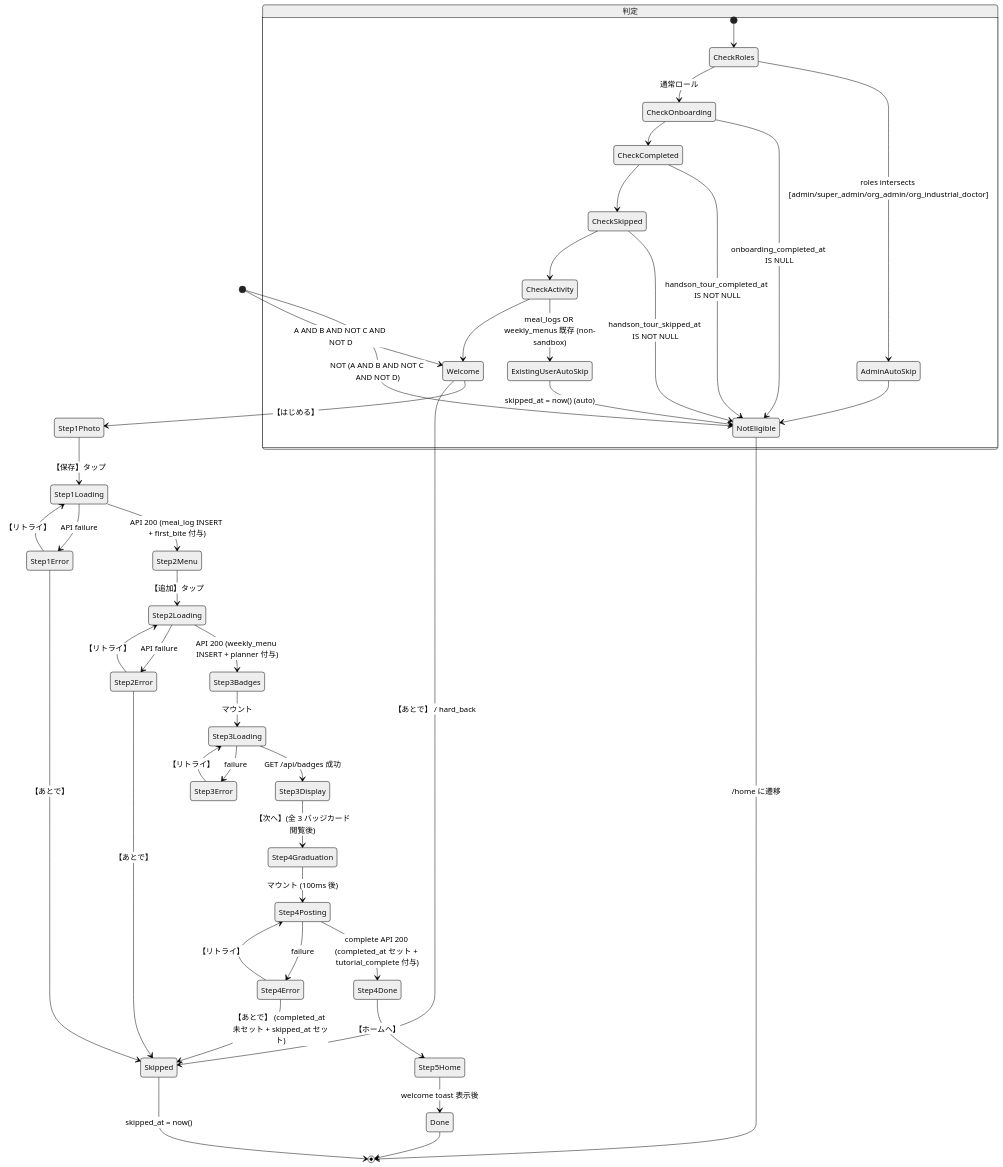
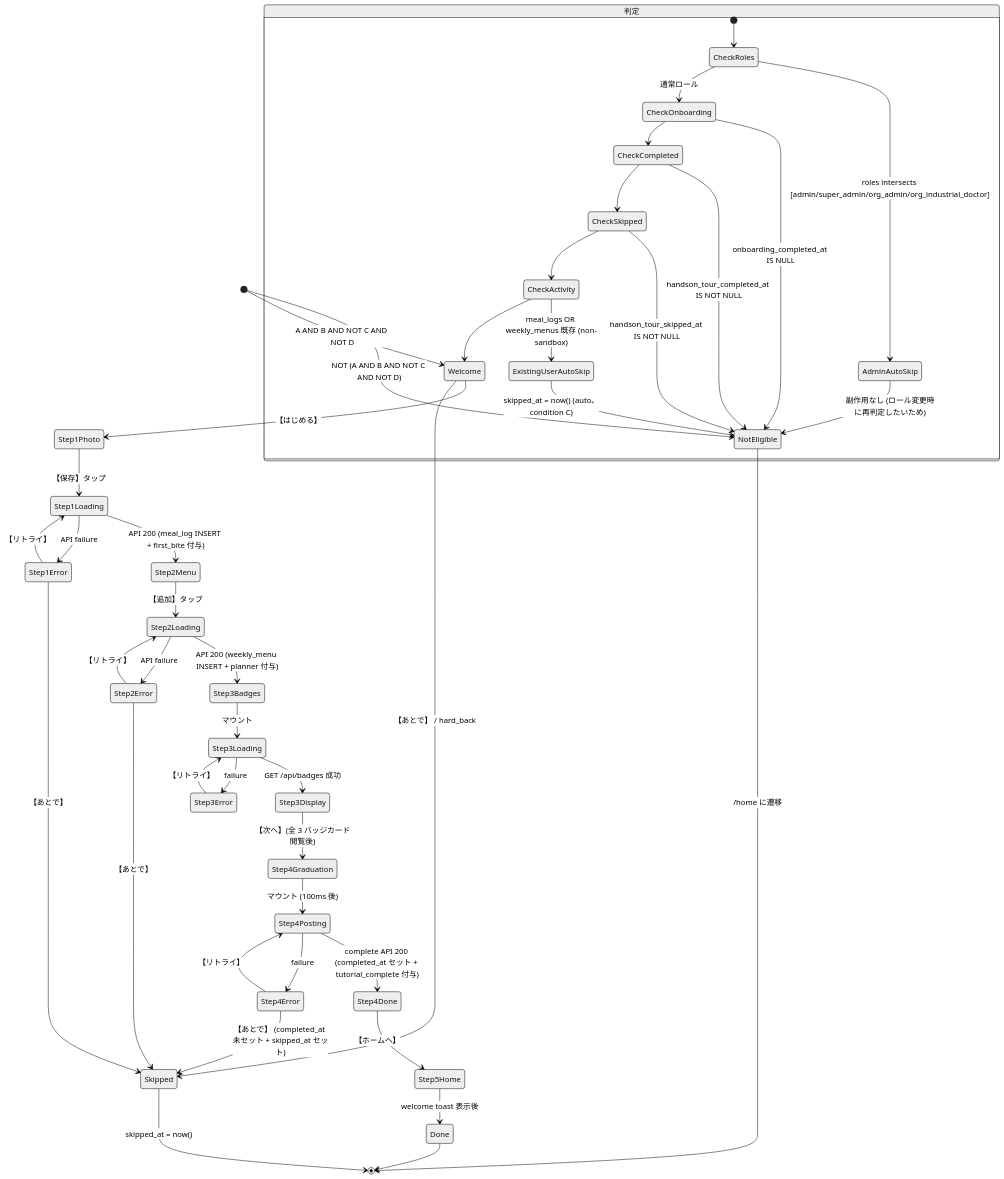
One commit to DaisukeHori/homegohan-app changed the diagram in docs/design/family/09-onboarding-handson-tour/08-state-db.md. Above: the diagram before and after it, drawn with Mermaid (neutral theme). The commit also changed 5 other files, not shown here.

````diff
--- a/docs/design/family/09-onboarding-handson-tour/08-state-db.md
+++ b/docs/design/family/09-onboarding-handson-tour/08-state-db.md
@@ -102,57 +102,57 @@
 ```mermaid
 stateDiagram-v2
   [*] --> NotEligible: NOT (A AND B AND NOT C AND NOT D)
   [*] --> Welcome: A AND B AND NOT C AND NOT D
 
   state "判定" as Eligibility {
     [*] --> CheckRoles
     CheckRoles --> AdminAutoSkip: roles intersects [admin/super_admin/org_admin/org_industrial_doctor]
     CheckRoles --> CheckOnboarding: 通常ロール
     CheckOnboarding --> NotEligible: onboarding_completed_at IS NULL
     CheckOnboarding --> CheckCompleted
     CheckCompleted --> NotEligible: handson_tour_completed_at IS NOT NULL
     CheckCompleted --> CheckSkipped
     CheckSkipped --> NotEligible: handson_tour_skipped_at IS NOT NULL
     CheckSkipped --> CheckActivity
     CheckActivity --> ExistingUserAutoSkip: meal_logs OR weekly_menus 既存 (non-sandbox)
     CheckActivity --> Welcome
   }
 
   Welcome --> Step1Photo: 【はじめる】
   Welcome --> Skipped: 【あとで】 / hard_back
 
   Step1Photo --> Step1Loading: 【保存】タップ
   Step1Loading --> Step2Menu: API 200 (meal_log INSERT + first_bite 付与)
   Step1Loading --> Step1Error: API failure
   Step1Error --> Step1Loading: 【リトライ】
   Step1Error --> Skipped: 【あとで】
 
   Step2Menu --> Step2Loading: 【追加】タップ
   Step2Loading --> Step3Badges: API 200 (weekly_menu INSERT + planner 付与)
   Step2Loading --> Step2Error: API failure
   Step2Error --> Step2Loading: 【リトライ】
   Step2Error --> Skipped: 【あとで】
 
   Step3Badges --> Step3Loading: マウント
   Step3Loading --> Step3Display: GET /api/badges 成功
   Step3Loading --> Step3Error: failure
   Step3Display --> Step4Graduation: 【次へ】(全 3 バッジカード閲覧後)
   Step3Error --> Step3Loading: 【リトライ】
 
   Step4Graduation --> Step4Posting: マウント (100ms 後)
   Step4Posting --> Step4Done: complete API 200 (completed_at セット + tutorial_complete 付与)
   Step4Posting --> Step4Error: failure
   Step4Error --> Step4Posting: 【リトライ】
   Step4Error --> Skipped: 【あとで】 (completed_at 未セット + skipped_at セット)
 
   Step4Done --> Step5Home: 【ホームへ】
 
   Step5Home --> Done: welcome toast 表示後
 
-  AdminAutoSkip --> NotEligible
-  ExistingUserAutoSkip --> NotEligible: skipped_at = now() (auto)
+  AdminAutoSkip --> NotEligible: 副作用なし (ロール変更時に再判定したいため)
+  ExistingUserAutoSkip --> NotEligible: skipped_at = now() (auto、condition C)
 
   NotEligible --> [*]: /home に遷移
   Skipped --> [*]: skipped_at = now()
   Done --> [*]
 ```
````
